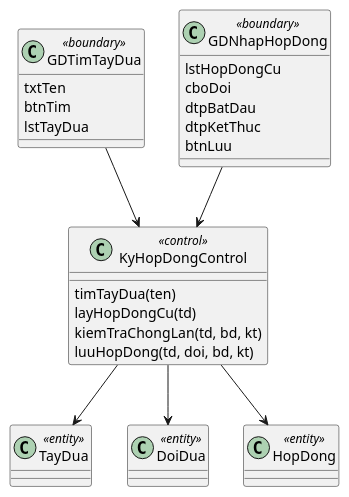
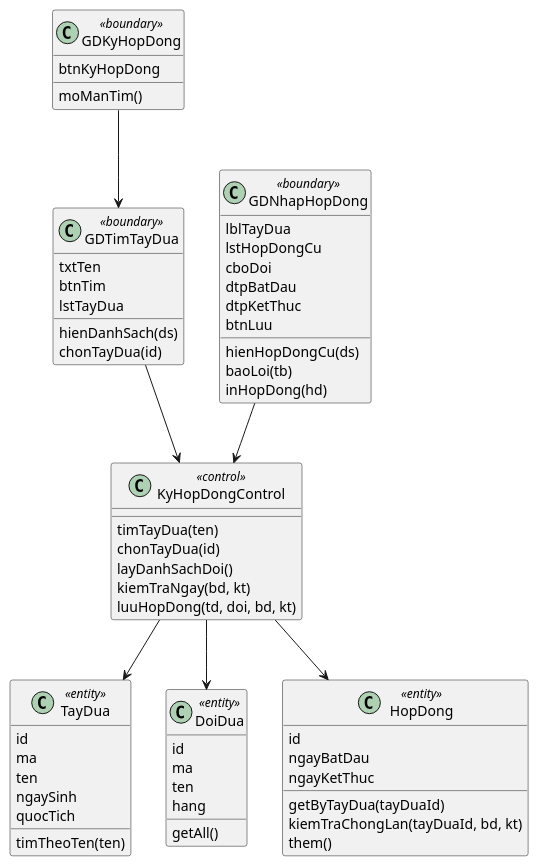
Before and after one commit to 7gho/CNPM-He2026: the third of 5 diagrams in Quan-Module1-KyHopDong/noi-dung.md, drawn with PlantUML. The commit also changed other lines of this file, not shown here.

Commit message:
Upgrade Module 1 diagrams to full (PA1) detail: DB lifeline, nested alt, entity methods

````diff
--- a/Quan-Module1-KyHopDong/noi-dung.md
+++ b/Quan-Module1-KyHopDong/noi-dung.md
@@ -77,30 +77,62 @@
 ```plantuml
 @startuml
+class GDKyHopDong <<boundary>> {
+  btnKyHopDong
+  moManTim()
+}
 class GDTimTayDua <<boundary>> {
   txtTen
   btnTim
   lstTayDua
+  hienDanhSach(ds)
+  chonTayDua(id)
 }
 class GDNhapHopDong <<boundary>> {
+  lblTayDua
   lstHopDongCu
   cboDoi
   dtpBatDau
   dtpKetThuc
   btnLuu
+  hienHopDongCu(ds)
+  baoLoi(tb)
+  inHopDong(hd)
 }
 class KyHopDongControl <<control>> {
   timTayDua(ten)
-  layHopDongCu(td)
-  kiemTraChongLan(td, bd, kt)
+  chonTayDua(id)
+  layDanhSachDoi()
+  kiemTraNgay(bd, kt)
   luuHopDong(td, doi, bd, kt)
 }
-class TayDua <<entity>>
-class DoiDua <<entity>>
-class HopDong <<entity>>
+class TayDua <<entity>> {
+  id
+  ma
+  ten
+  ngaySinh
+  quocTich
+  timTheoTen(ten)
+}
+class DoiDua <<entity>> {
+  id
+  ma
+  ten
+  hang
+  getAll()
+}
+class HopDong <<entity>> {
+  id
+  ngayBatDau
+  ngayKetThuc
+  getByTayDua(tayDuaId)
+  kiemTraChongLan(tayDuaId, bd, kt)
+  them()
+}
+GDKyHopDong --> GDTimTayDua
 GDTimTayDua --> KyHopDongControl
 GDNhapHopDong --> KyHopDongControl
 KyHopDongControl --> TayDua
 KyHopDongControl --> DoiDua
 KyHopDongControl --> HopDong
 @enduml
 ```
````
